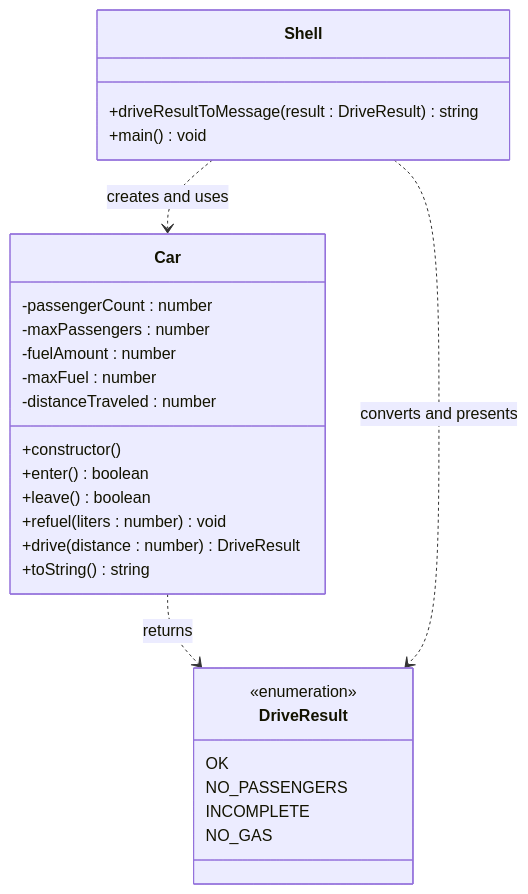
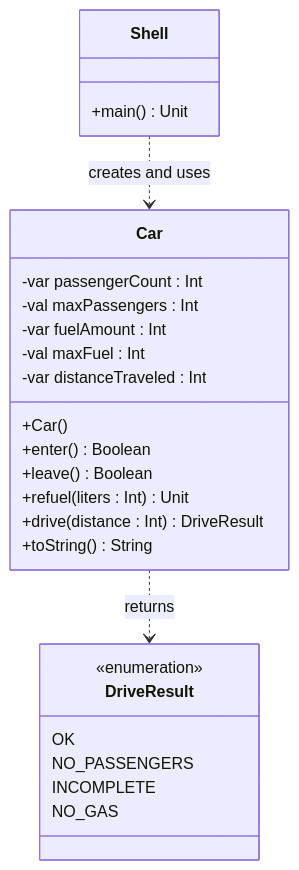
One commit to qxcodepoo/arcade changed the diagram in labs/carro/README.md. Above: the diagram before and after it, drawn with Mermaid. The commit also changed other lines of this file and 201 other files, not shown here.

````diff
--- a/labs/carro/README.md
+++ b/labs/carro/README.md
@@ -65,36 +65,35 @@
 ```mermaid
 %%{init: { "fontFamily": "monospace" } }%%
 classDiagram
     direction TB
 
     class DriveResult {
         <<enumeration>>
         OK
         NO_PASSENGERS
         INCOMPLETE
         NO_GAS
     }
 
     class Car {
-        -passengerCount : number
-        -maxPassengers : number
-        -fuelAmount : number
-        -maxFuel : number
-        -distanceTraveled : number
-        +constructor()
-        +enter() boolean
-        +leave() boolean
-        +refuel(liters : number) void
-        +drive(distance : number) DriveResult
-        +toString() string
+        -var passengerCount : Int
+        -val maxPassengers : Int
+        -var fuelAmount : Int
+        -val maxFuel : Int
+        -var distanceTraveled : Int
+        +Car()
+        +enter() Boolean
+        +leave() Boolean
+        +refuel(liters : Int) Unit
+        +drive(distance : Int) DriveResult
+        +toString() String
     }
 
     class Shell {
-        +driveResultToMessage(result : DriveResult) string
-        +main() void
+        +main() Unit
     }
 
     Car ..> DriveResult : returns
     Shell ..> Car : creates and uses
-    Shell ..> DriveResult : converts and presents
+
 ```
````
